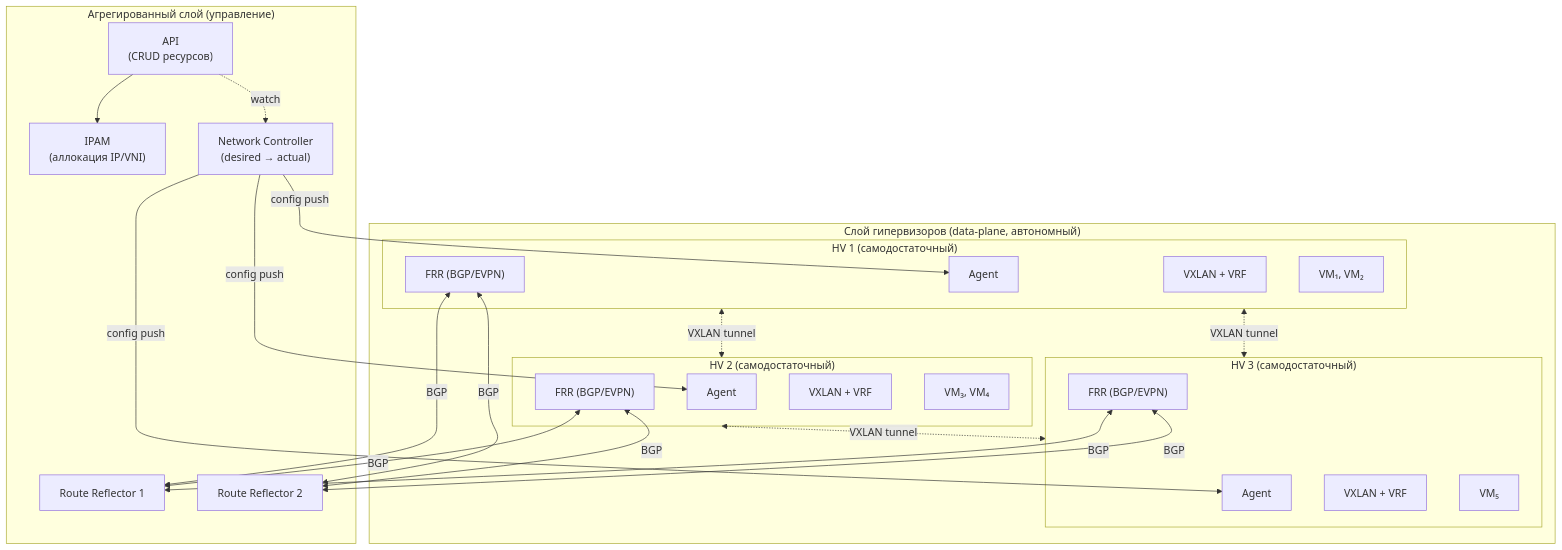
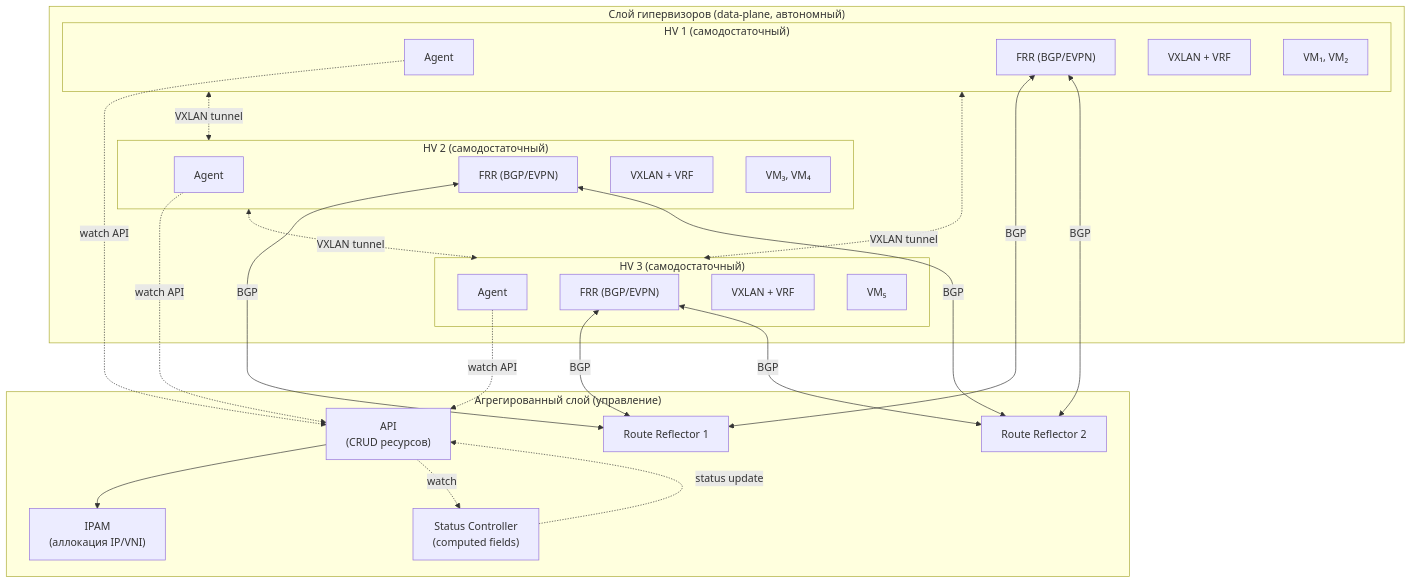
Before and after one commit to PRO-Robotech/in-cloud-vpc: the first of 8 diagrams in ARCHITECTURE.md, drawn with Mermaid. The commit also changed other lines of this file and 3 other files, not shown here.

````diff
--- a/ARCHITECTURE.md
+++ b/ARCHITECTURE.md
@@ -90,48 +90,49 @@
 ```mermaid
 flowchart TB
     subgraph AggLayer["Агрегированный слой (управление)"]
         API["API\n(CRUD ресурсов)"]
         IPAM["IPAM\n(аллокация IP/VNI)"]
-        NetCtrl["Network Controller\n(desired → actual)"]
+        StatusCtrl["Status Controller\n(computed fields)"]
         RR1["Route Reflector 1"]
         RR2["Route Reflector 2"]
     end
 
     subgraph DataPlane["Слой гипервизоров (data-plane, автономный)"]
         subgraph HV1["HV 1 (самодостаточный)"]
             Agent1["Agent"]
             FRR1["FRR (BGP/EVPN)"]
             VXLAN1["VXLAN + VRF"]
             VMs1["VM₁, VM₂"]
         end
         subgraph HV2["HV 2 (самодостаточный)"]
             Agent2["Agent"]
             FRR2["FRR (BGP/EVPN)"]
             VXLAN2["VXLAN + VRF"]
             VMs2["VM₃, VM₄"]
         end
         subgraph HV3["HV 3 (самодостаточный)"]
             Agent3["Agent"]
             FRR3["FRR (BGP/EVPN)"]
             VXLAN3["VXLAN + VRF"]
             VMs3["VM₅"]
         end
     end
 
     API --> IPAM
-    API -.->|watch| NetCtrl
-    NetCtrl -->|"config push"| Agent1
-    NetCtrl -->|"config push"| Agent2
-    NetCtrl -->|"config push"| Agent3
+    API -.->|watch| StatusCtrl
+    StatusCtrl -.->|"status update"| API
+    Agent1 -.->|"watch API"| API
+    Agent2 -.->|"watch API"| API
+    Agent3 -.->|"watch API"| API
 
     FRR1 <-->|BGP| RR1
     FRR1 <-->|BGP| RR2
     FRR2 <-->|BGP| RR1
     FRR2 <-->|BGP| RR2
     FRR3 <-->|BGP| RR1
     FRR3 <-->|BGP| RR2
 
     HV1 <-.->|"VXLAN tunnel"| HV2
     HV1 <-.->|"VXLAN tunnel"| HV3
     HV2 <-.->|"VXLAN tunnel"| HV3
 ```
````
